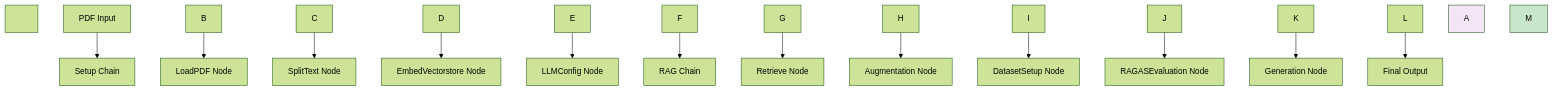
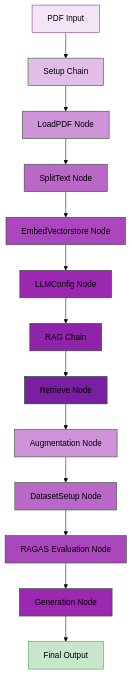
One commit to dhruvsh1997/RAGAS-Experiments changed the third of 4 diagrams in README.MD. Above: the diagram before and after it, drawn with Mermaid (forest theme). The commit also changed other lines of this file, not shown here.

````diff
--- a/README.MD
+++ b/README.MD
@@ -201,37 +115,30 @@
 ```mermaid
-
 graph TD
-
-&nbsp;   A\[PDF Input] --> B\[Setup Chain]
-
-&nbsp;   B --> C\[LoadPDF Node]
-
-&nbsp;   C --> D\[SplitText Node]
-
-&nbsp;   D --> E\[EmbedVectorstore Node]
-
-&nbsp;   E --> F\[LLMConfig Node]
-
-&nbsp;   F --> G\[RAG Chain]
-
-&nbsp;   
-
-&nbsp;   G --> H\[Retrieve Node]
-
-&nbsp;   H --> I\[Augmentation Node]
-
-&nbsp;   I --> J\[DatasetSetup Node]
-
-&nbsp;   J --> K\[RAGASEvaluation Node]
-
-&nbsp;   K --> L\[Generation Node]
-
-&nbsp;   L --> M\[Final Output]
-
-&nbsp;   
-
-&nbsp;   style A fill:#f3e5f5
-
-&nbsp;   style M fill:#c8e6c9
-
+    A[PDF Input] --> B[Setup Chain]
+    B --> C[LoadPDF Node]
+    C --> D[SplitText Node]
+    D --> E[EmbedVectorstore Node]
+    E --> F[LLMConfig Node]
+    F --> G[RAG Chain]
+    
+    G --> H[Retrieve Node]
+    H --> I[Augmentation Node]
+    I --> J[DatasetSetup Node]
+    J --> K[RAGAS Evaluation Node]
+    K --> L[Generation Node]
+    L --> M[Final Output]
+    
+    style A fill:#f3e5f5,stroke:#7b1fa2
+    style B fill:#e1bee7
+    style C fill:#ce93d8
+    style D fill:#ba68c8
+    style E fill:#ab47bc
+    style F fill:#9c27b0
+    style G fill:#8e24aa
+    style H fill:#7b1fa2
+    style I fill:#ce93d8
+    style J fill:#ba68c8
+    style K fill:#ab47bc
+    style L fill:#9c27b0
+    style M fill:#c8e6c9,stroke:#388e3c
 ```
````
